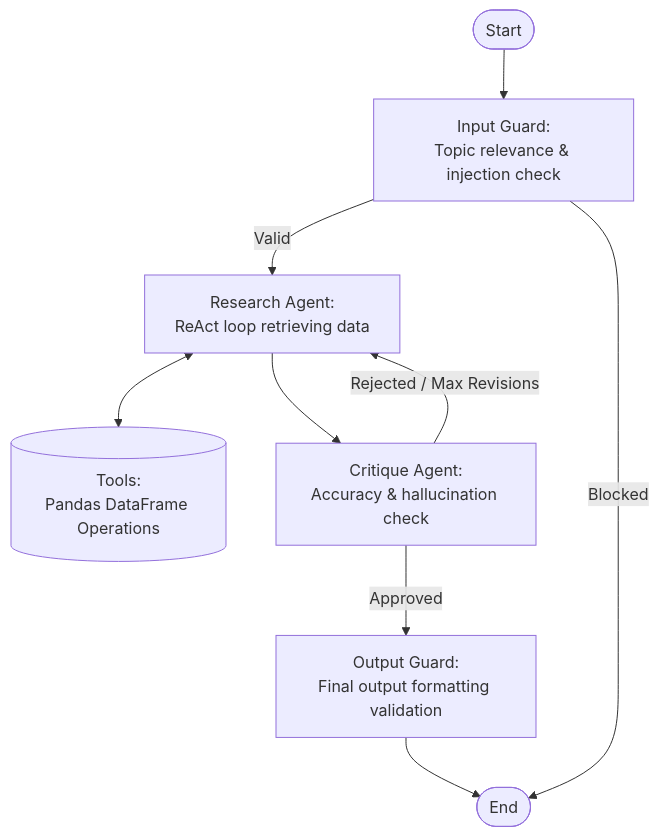
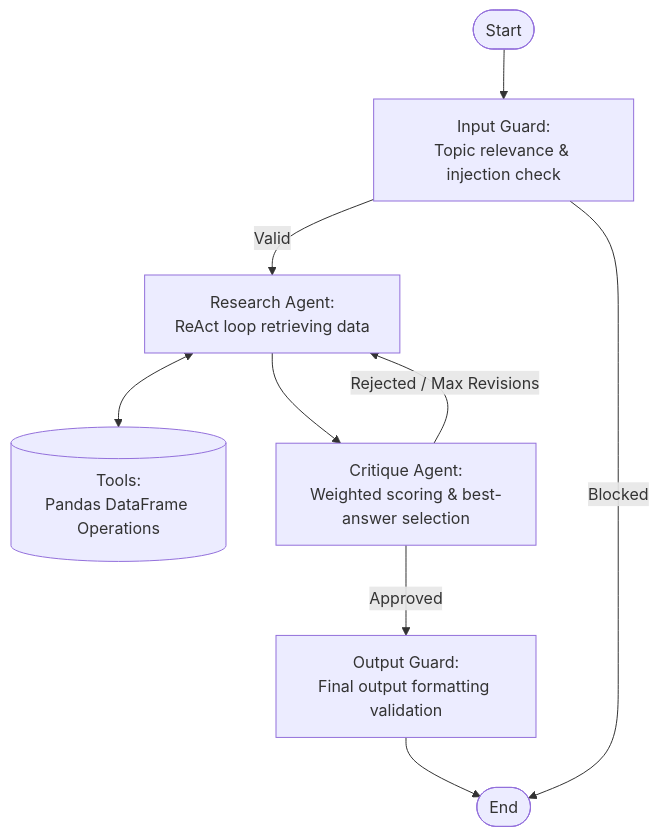
One commit to ofircohen205/CortexRE-assignment changed the diagram in README.md. Above: the diagram before and after it, drawn with Mermaid. The commit also changed other lines of this file, not shown here.

Commit message:
docs: update README to reflect weighted scoring critique system

````diff
--- a/README.md
+++ b/README.md
@@ -22,24 +22,24 @@
 ```mermaid
 graph TD
     START([Start])
 
     IG[Input Guard:<br/>Topic relevance & injection check]
     RA[Research Agent:<br/>ReAct loop retrieving data]
     TOOLS[(Tools:<br/>Pandas DataFrame Operations)]
-    CA[Critique Agent:<br/>Accuracy & hallucination check]
+    CA[Critique Agent:<br/>Weighted scoring & best-answer selection]
     OG[Output Guard:<br/>Final output formatting validation]
 
     END([End])
 
     START --> IG
     IG -- Valid --> RA
     IG -- Blocked --> END
 
     RA <--> TOOLS
     RA --> CA
 
     CA -- Approved --> OG
     CA -- Rejected / Max Revisions --> RA
 
     OG --> END
 ```
````
